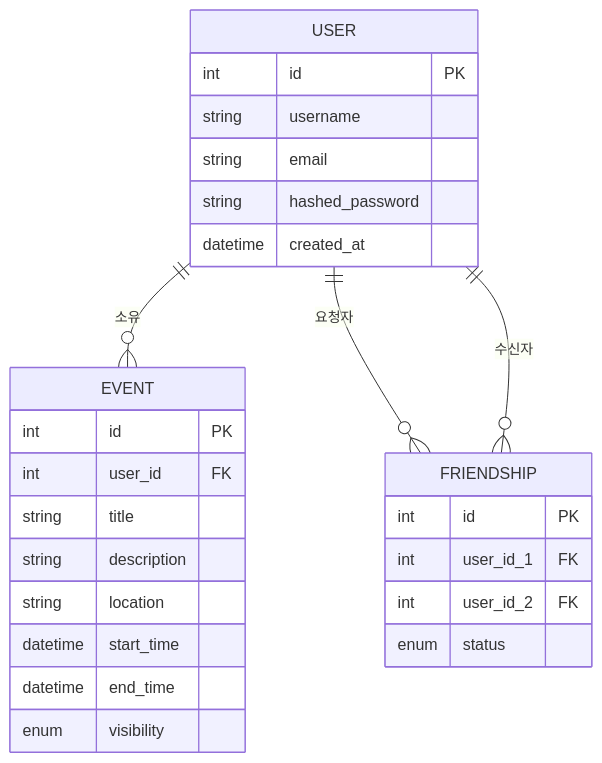
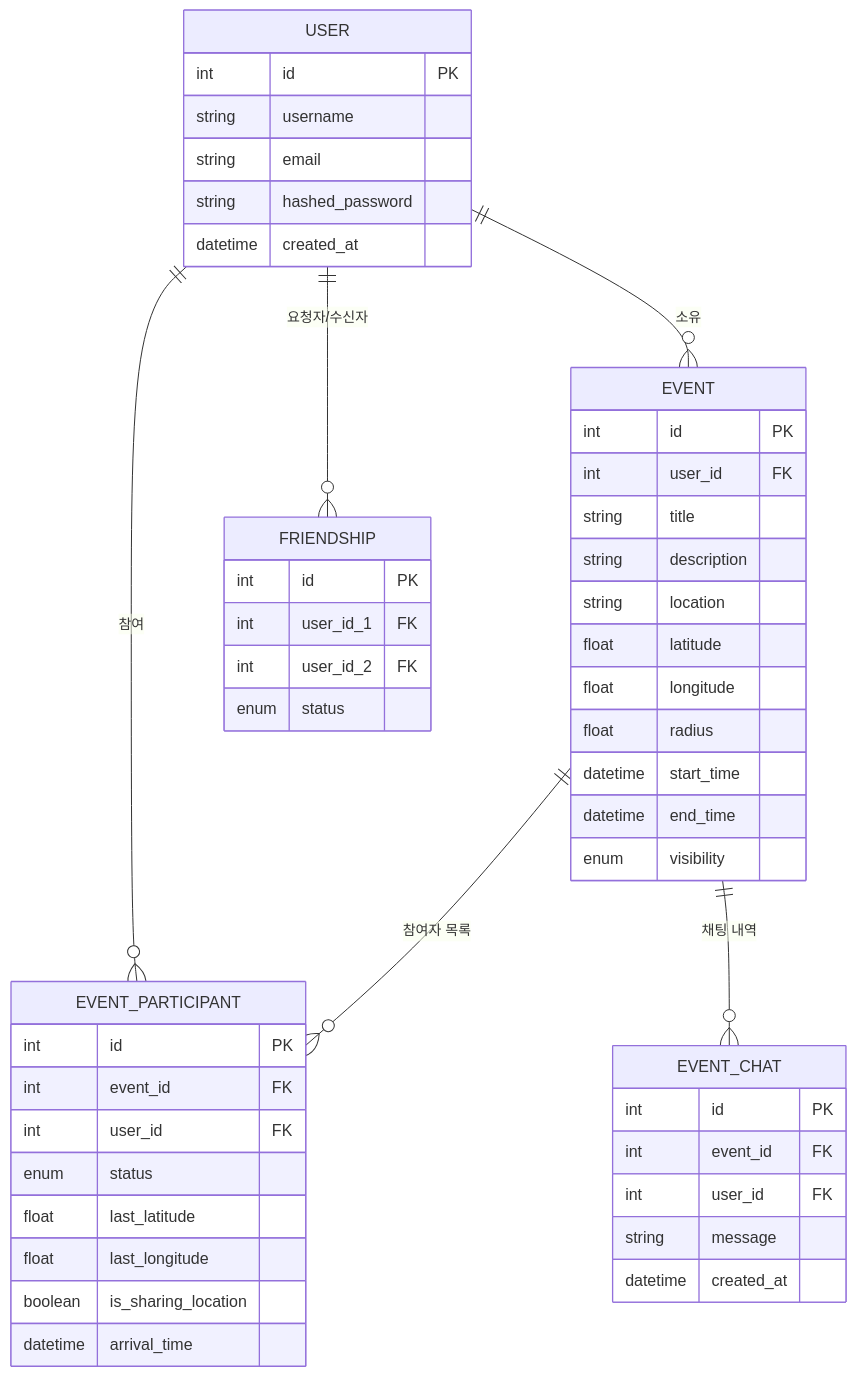
One commit to ojm76723354-creator/plan-buddy changed the diagram in docs/03_데이터베이스설계.md. Above: the diagram before and after it, drawn with Mermaid. The commit also changed other lines of this file and 24 other files, not shown here.

````diff
--- a/docs/03_데이터베이스설계.md
+++ b/docs/03_데이터베이스설계.md
@@ -12,30 +12,52 @@
 ```mermaid
 erDiagram
     USER {
         int id PK
         string username
         string email
         string hashed_password
         datetime created_at
     }
     EVENT {
         int id PK
         int user_id FK
         string title
         string description
         string location
+        float latitude
+        float longitude
+        float radius
         datetime start_time
         datetime end_time
         enum visibility
+    }
+    EVENT_PARTICIPANT {
+        int id PK
+        int event_id FK
+        int user_id FK
+        enum status
+        float last_latitude
+        float last_longitude
+        boolean is_sharing_location
+        datetime arrival_time
+    }
+    EVENT_CHAT {
+        int id PK
+        int event_id FK
+        int user_id FK
+        string message
+        datetime created_at
     }
     FRIENDSHIP {
         int id PK
         int user_id_1 FK
         int user_id_2 FK
         enum status
     }
 
     USER ||--o{ EVENT : "소유"
-    USER ||--o{ FRIENDSHIP : "요청자"
-    USER ||--o{ FRIENDSHIP : "수신자"
+    USER ||--o{ EVENT_PARTICIPANT : "참여"
+    EVENT ||--o{ EVENT_PARTICIPANT : "참여자 목록"
+    EVENT ||--o{ EVENT_CHAT : "채팅 내역"
+    USER ||--o{ FRIENDSHIP : "요청자/수신자"
 ```
````
